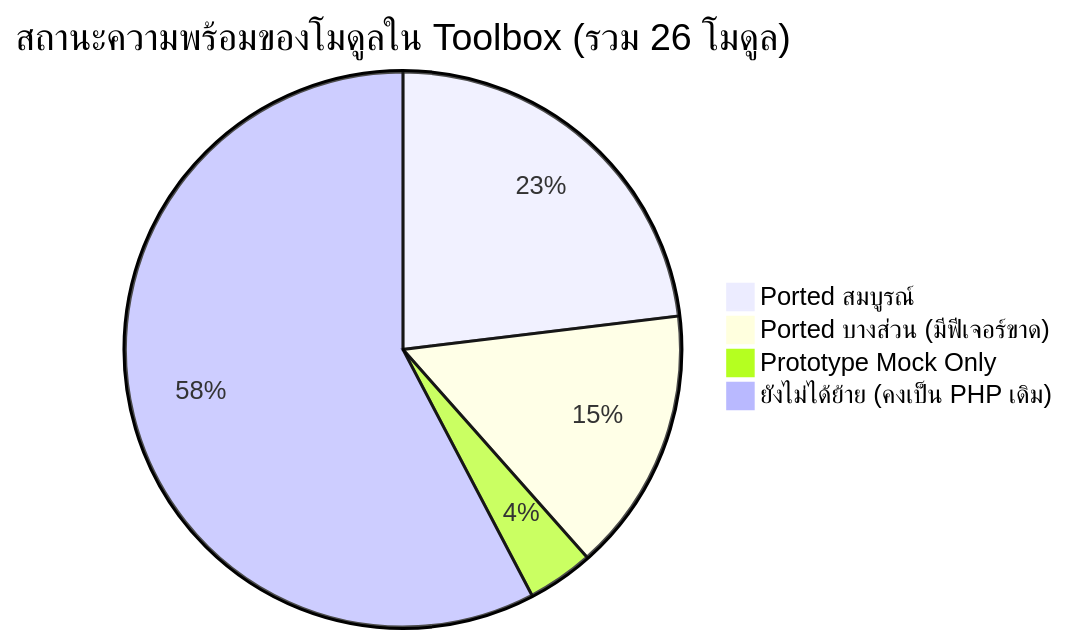
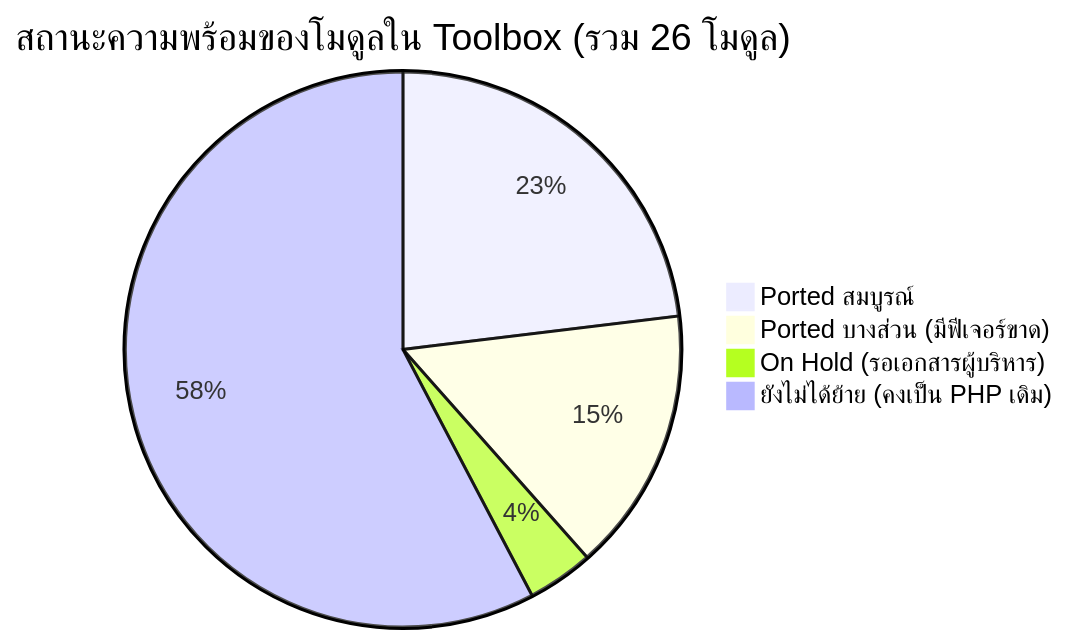
One commit to Scyst/MES changed the first of 2 diagrams in MES/docs/blueprint/MES_LEGACY_VS_TOOLBOX_GAP_ANALYSIS.md. Above: the diagram before and after it, drawn with Mermaid. The commit also changed other lines of this file and 2 other files, not shown here.

Commit message:
feat(store): enable Onhand inventory excel export & mark Inbound Hub on hold 08:50 - 08:58 07/11/26

````diff
--- a/MES/docs/blueprint/MES_LEGACY_VS_TOOLBOX_GAP_ANALYSIS.md
+++ b/MES/docs/blueprint/MES_LEGACY_VS_TOOLBOX_GAP_ANALYSIS.md
@@ -18,7 +18,7 @@
 ```mermaid
 pie title สถานะความพร้อมของโมดูลใน Toolbox (รวม 26 โมดูล)
     "Ported สมบูรณ์" : 6
     "Ported บางส่วน (มีฟีเจอร์ขาด)" : 4
-    "Prototype Mock Only" : 1
+    "On Hold (รอเอกสารผู้บริหาร)" : 1
     "ยังไม่ได้ย้าย (คงเป็น PHP เดิม)" : 15
 ```
````
